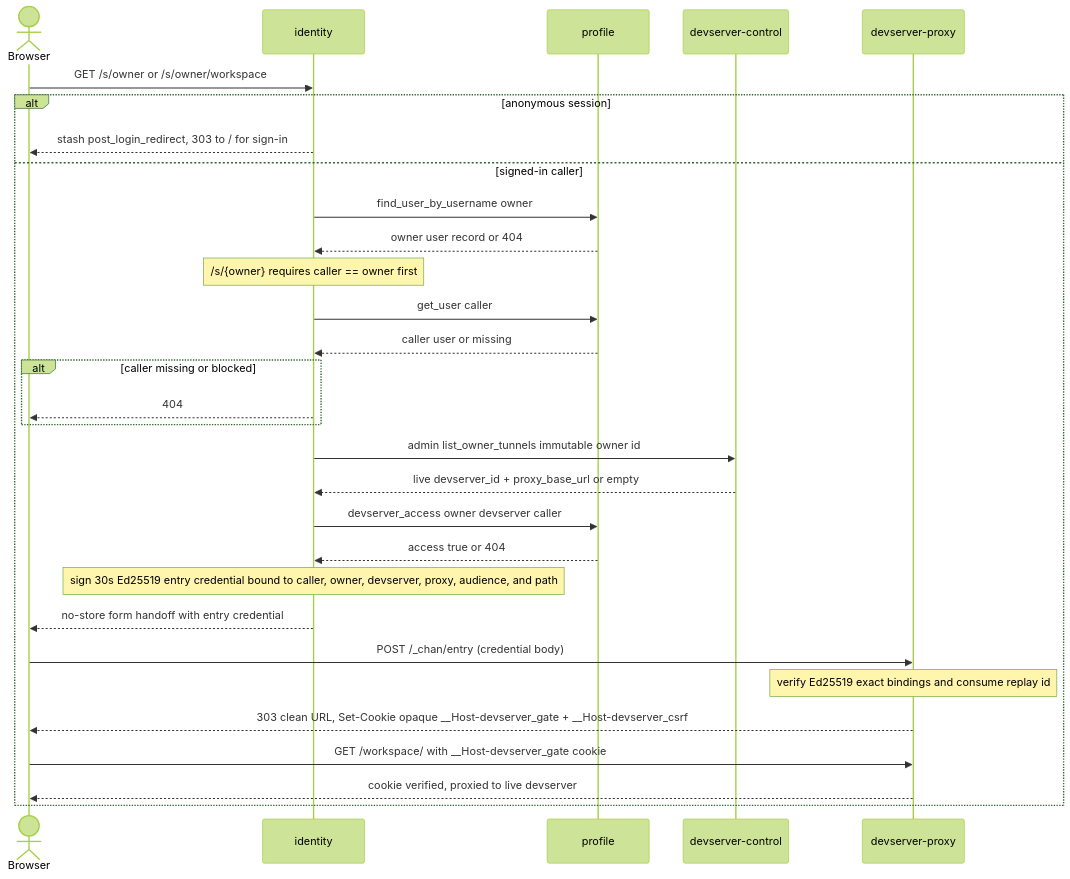
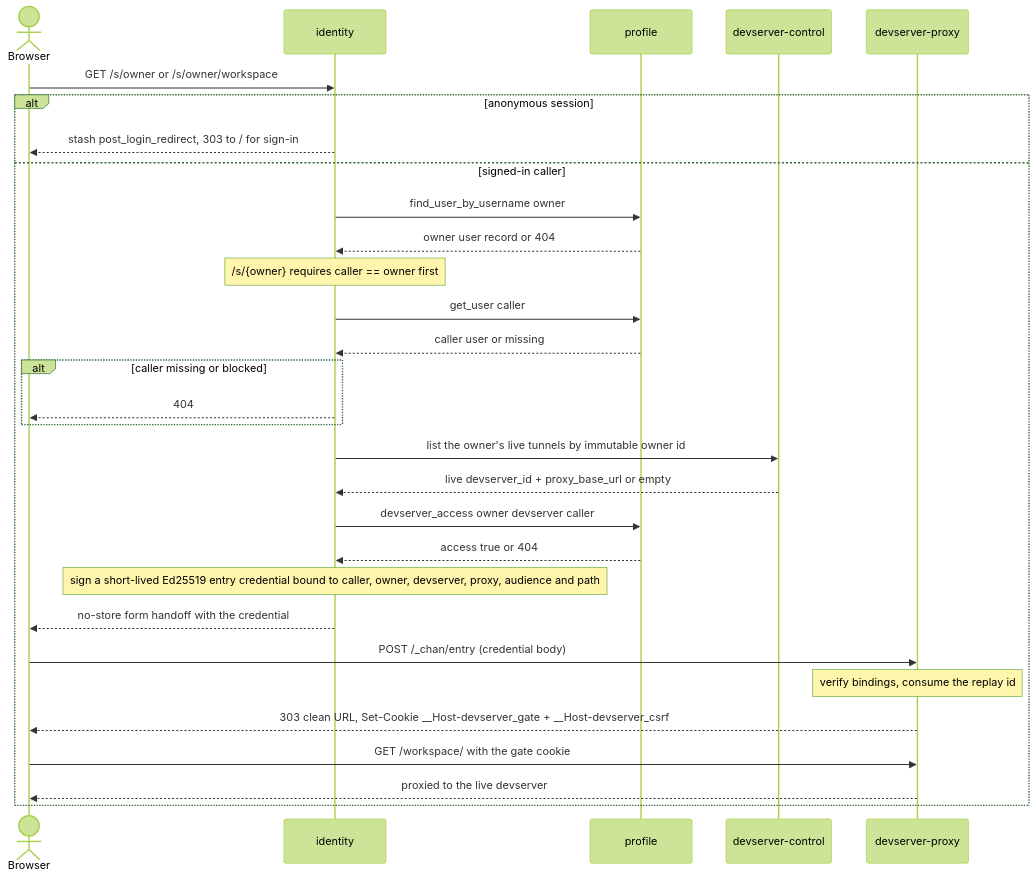
The second of 2 diagrams in gateway/crates/identity/design.md (fiorix/chan), drawn with Mermaid (forest theme) before and after one commit. The commit also changed other lines of this file and 19 other files, not shown here.

````diff
--- a/gateway/crates/identity/design.md
+++ b/gateway/crates/identity/design.md
@@ -149,33 +93,33 @@
 ```mermaid
 sequenceDiagram
     actor Browser
     participant ID as identity
     participant Profile as profile
     participant Control as devserver-control
     participant Proxy as devserver-proxy
 
     Browser->>ID: GET /s/owner or /s/owner/workspace
     alt anonymous session
         ID-->>Browser: stash post_login_redirect, 303 to / for sign-in
     else signed-in caller
         ID->>Profile: find_user_by_username owner
         Profile-->>ID: owner user record or 404
         Note over ID: /s/{owner} requires caller == owner first
         ID->>Profile: get_user caller
         Profile-->>ID: caller user or missing
         alt caller missing or blocked
             ID-->>Browser: 404
         end
-        ID->>Control: admin list_owner_tunnels immutable owner id
+        ID->>Control: list the owner's live tunnels by immutable owner id
         Control-->>ID: live devserver_id + proxy_base_url or empty
         ID->>Profile: devserver_access owner devserver caller
         Profile-->>ID: access true or 404
-        Note over ID: sign 30s Ed25519 entry credential bound to caller, owner, devserver, proxy, audience, and path
-        ID-->>Browser: no-store form handoff with entry credential
+        Note over ID: sign a short-lived Ed25519 entry credential bound to caller, owner, devserver, proxy, audience and path
+        ID-->>Browser: no-store form handoff with the credential
         Browser->>Proxy: POST /_chan/entry (credential body)
-        Note over Proxy: verify Ed25519 exact bindings and consume replay id
-        Proxy-->>Browser: 303 clean URL, Set-Cookie opaque __Host-devserver_gate + __Host-devserver_csrf
-        Browser->>Proxy: GET /workspace/ with __Host-devserver_gate cookie
-        Proxy-->>Browser: cookie verified, proxied to live devserver
+        Note over Proxy: verify bindings, consume the replay id
+        Proxy-->>Browser: 303 clean URL, Set-Cookie __Host-devserver_gate + __Host-devserver_csrf
+        Browser->>Proxy: GET /workspace/ with the gate cookie
+        Proxy-->>Browser: proxied to the live devserver
     end
 ```
````
